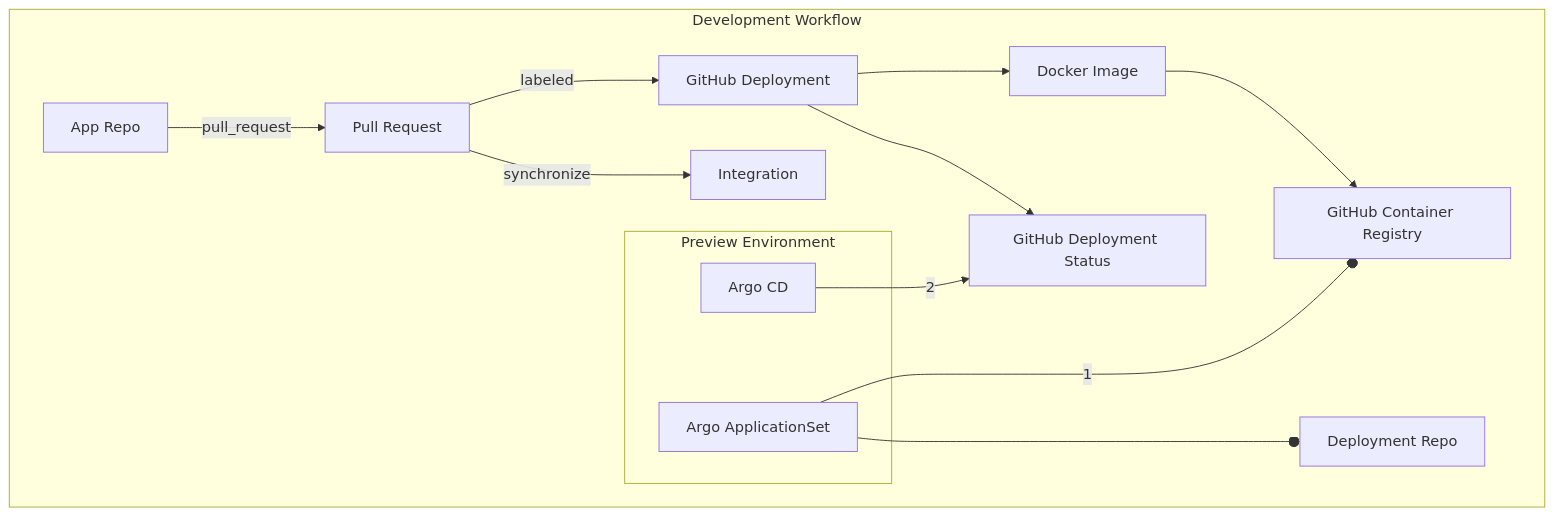
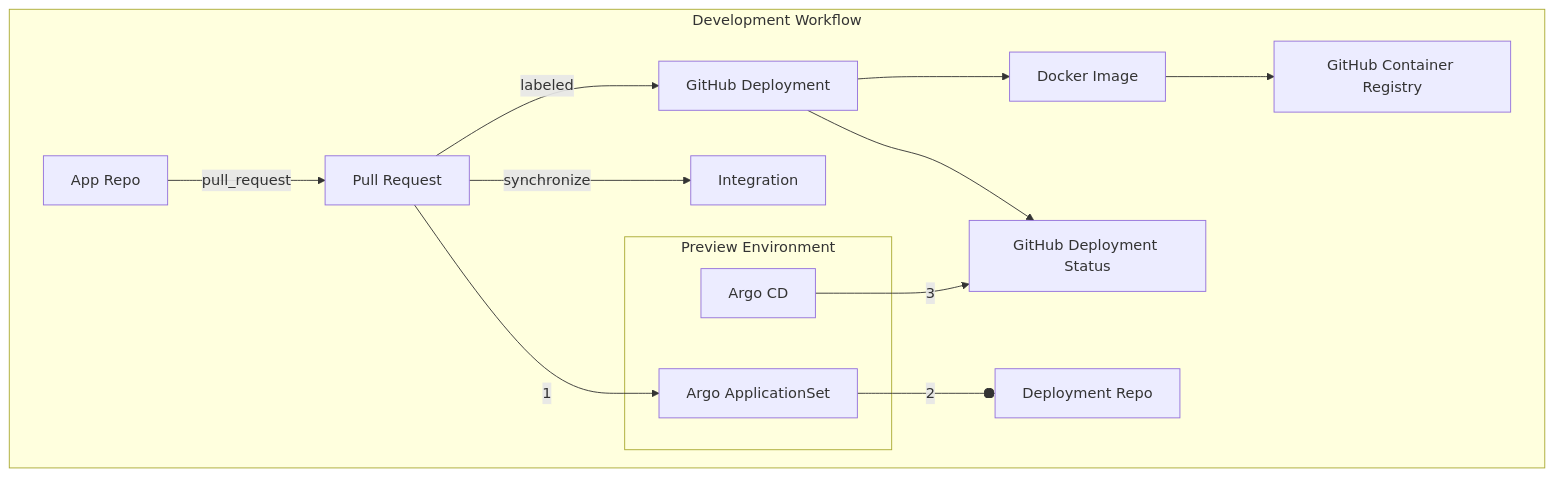
Before and after one commit to gitops-ci-cd/.github: the second of 5 diagrams in profile/README.md, drawn with Mermaid.

````diff
--- a/profile/README.md
+++ b/profile/README.md
@@ -111,31 +111,31 @@
 ```mermaid
 flowchart TD
     registry[GitHub Container Registry]
 
     subgraph env[Preview Environment]
         argo[Argo CD]
         argo-app[Argo ApplicationSet]
     end
 
     subgraph dev[Development Workflow]
         app[App Repo]
         app-deployment[Deployment Repo]
         deployment[GitHub Deployment]
         deployment-status[GitHub Deployment Status]
         build[Docker Image]
         pr[Pull Request]
         integration[Integration]
 
         app -- pull_request --> pr
         pr -- synchronize --> integration
         pr -- labeled --> deployment
+        pr -- 1 --> argo-app
         deployment --> build
         deployment --> deployment-status
         build --> registry
 
         env
-        argo-app -- 1 --o registry
-        argo-app ---o app-deployment
-        argo -- 2 --> deployment-status
+        argo-app -- 2 --o app-deployment
+        argo -- 3 --> deployment-status
     end
 ```
````
